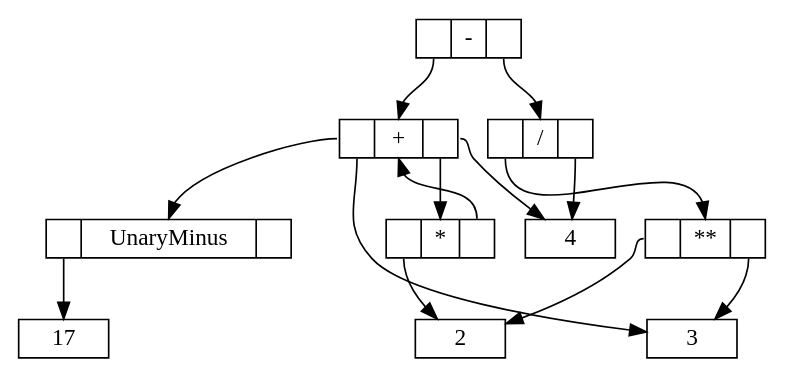
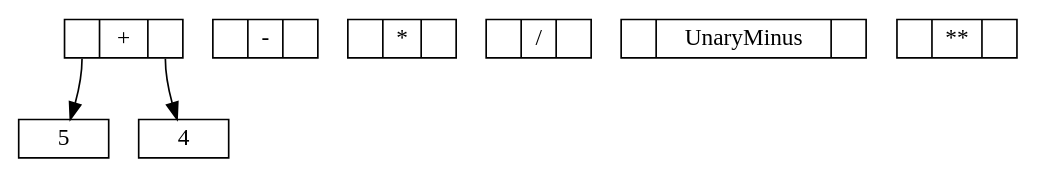
Before and after one commit to santhoshrajr/Compiler-Construction: the diagram in astCalc/graph.gv, drawn with Graphviz. The commit also changed 1 other file, not shown here.

```diff
--- a/astCalc/graph.gv
+++ b/astCalc/graph.gv
@@ -1,22 +1,11 @@
 digraph G {
 node [shape = record,height=.1];
  node1[label = "<f0> |<f1> +|<f2> "]
  node2[label = "<f0> |<f1> -|<f2> "]
  node3[label = "<f0> |<f1> *|<f2> "]
  node4[label = "<f0> |<f1> /|<f2> "]
  node0[label = "<f0> |<f1> UnaryMinus|<f2> "]
  node5[label = "<f0> |<f1> **|<f2> "]
- "node2":f0   ->  "node1":f1  
- "node1":f0   ->  "node0":f1  
- "node0":f0   -> 17
- "node1":f2   ->  "node3":f1  
- "node3":f0   -> 2
- "node3":f2   ->  "node1":f1  
- "node1":f0   -> 3
+ "node1":f0   -> 5
  "node1":f2   -> 4
- "node2":f2   ->  "node4":f1  
- "node4":f0   ->  "node5":f1  
- "node5":f0   -> 2
- "node5":f2   -> 3
- "node4":f2   -> 4
 }
```
